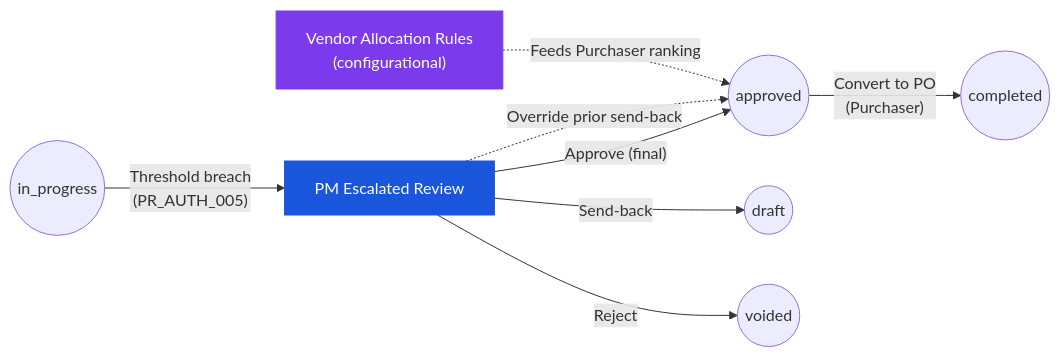
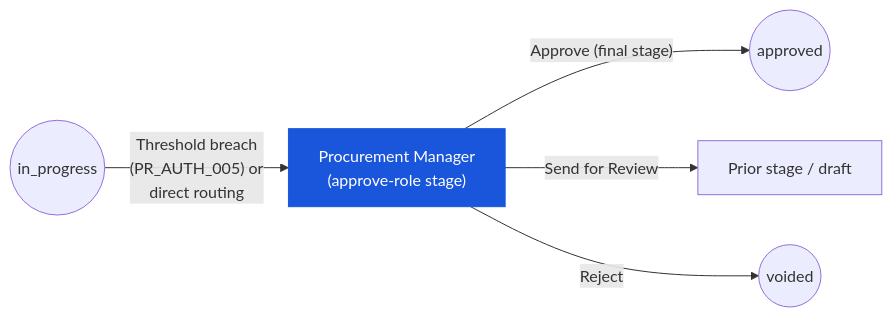
Before and after one commit to CarmenSoftware-organization/carmen-wiki: the diagram in en/inventory/purchase-request/03-user-flow-procurement-manager.md, drawn with Mermaid. The commit also changed other lines of this file and 12 other files, not shown here.

````diff
--- a/en/inventory/purchase-request/03-user-flow-procurement-manager.md
+++ b/en/inventory/purchase-request/03-user-flow-procurement-manager.md
@@ -23,12 +25,8 @@
 ```mermaid
 graph LR
-    inprog(("in_progress")) -->|"Threshold breach<br/>(PR_AUTH_005)"| pm["PM Escalated Review"]:::current
-    pm -->|"Approve (final)"| approved(("approved"))
-    pm -->|"Send-back"| draft(("draft"))
+    inprog(("in_progress")) -->|"Threshold breach<br/>(PR_AUTH_005) or<br/>direct routing"| pm["Procurement Manager<br/>(approve-role stage)"]:::current
+    pm -->|"Approve (final stage)"| approved(("approved"))
+    pm -->|"Send for Review"| prior["Prior stage / draft"]
     pm -->|"Reject"| voided(("voided"))
-    approved -->|"Convert to PO<br/>(Purchaser)"| completed(("completed"))
-    pm -.->|"Override prior send-back"| approved
-    cfg["Vendor Allocation Rules<br/>(configurational)"]:::current2 -.->|"Feeds Purchaser ranking"| approved
     classDef current fill:#1a56db,color:#fff,stroke:#1a56db;
-    classDef current2 fill:#7c3aed,color:#fff,stroke:#7c3aed;
 ```
````
